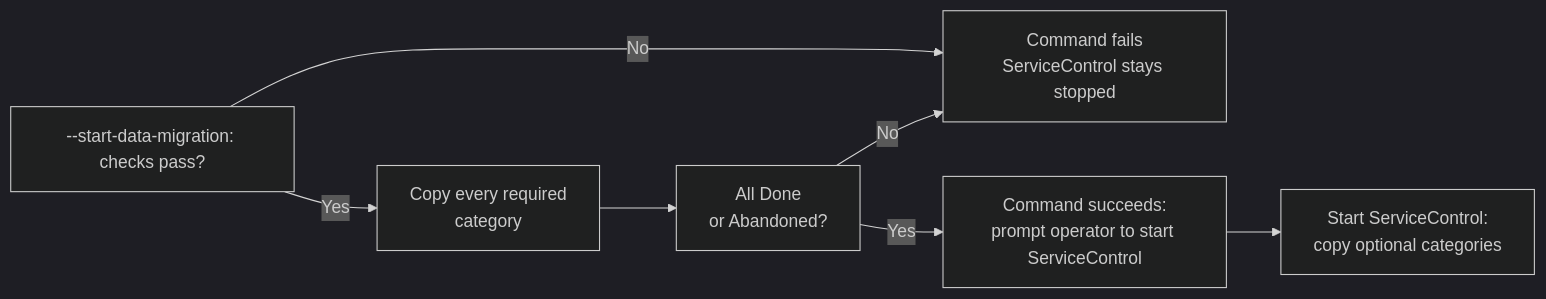
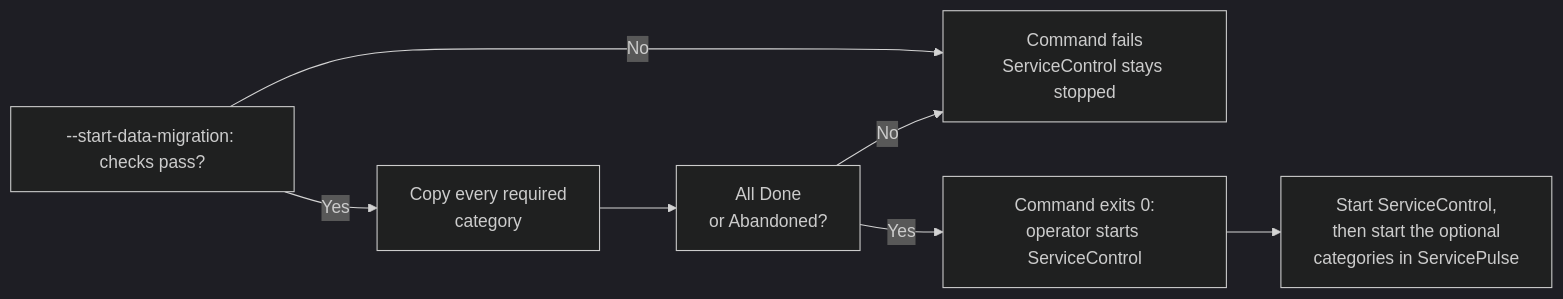
One commit to Particular/ServiceControl changed the fourth of 5 diagrams in docs/migration/ravendb-to-sql-migration-overview.md. Above: the diagram before and after it, drawn with Mermaid (dark theme). The commit also changed other lines of this file and 148 other files, not shown here.

Commit message:
Guided --start-data-migration command

````diff
--- a/docs/migration/ravendb-to-sql-migration-overview.md
+++ b/docs/migration/ravendb-to-sql-migration-overview.md
@@ -268,9 +273,9 @@
 ```mermaid
 flowchart LR
     A["--start-data-migration: checks pass?"] -->|No| X["Command fails<br/>ServiceControl stays stopped"]
     A -->|Yes| B["Copy every required<br/>category"]
     B --> C["All Done<br/>or Abandoned?"]
     C -->|No| X
-    C -->|Yes| D["Command succeeds:<br/>prompt operator to start ServiceControl"]
-    D --> E["Start ServiceControl:<br/>copy optional categories"]
+    C -->|Yes| D["Command exits 0:<br/>operator starts ServiceControl"]
+    D --> E["Start ServiceControl,<br/>then start the optional<br/>categories in ServicePulse"]
 ```
````
